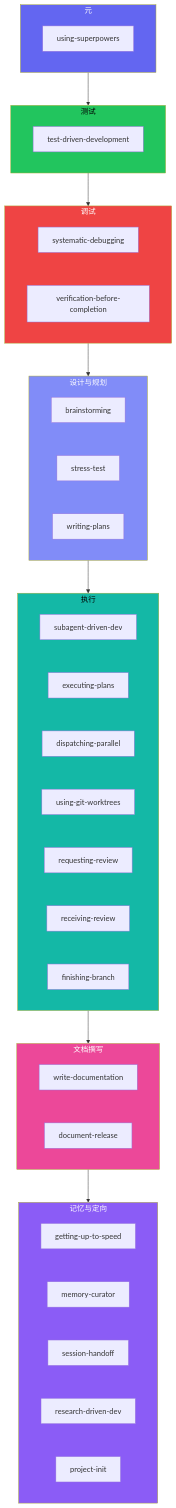
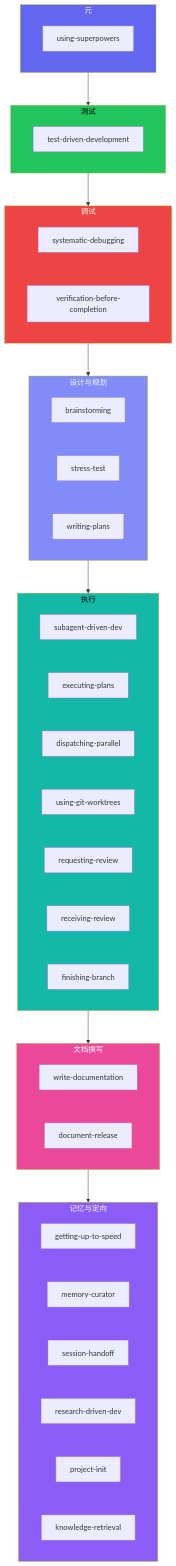
Before and after one commit to DollarDill/beads-superpowers: the first of 2 diagrams in docs/zh/skills.md, drawn with Mermaid. The commit also changed other lines of this file and 2 other files, not shown here.

Commit message:
docs(knowledge-retrieval): skills pages EN+ZH and CLAUDE.md table (beads-superpowers-6xrhr)

````diff
--- a/docs/zh/skills.md
+++ b/docs/zh/skills.md
@@ -55,59 +56,60 @@
 ```mermaid
 ---
 config:
   flowchart:
     nodeSpacing: 70
     rankSpacing: 70
 ---
 graph TD
   subgraph Meta ["元"]
     US["using-superpowers"]
   end
   subgraph Testing ["测试"]
     TDD["test-driven-development"]
   end
   subgraph Debugging ["调试"]
     SD["systematic-debugging"]
     VBC["verification-before-completion"]
   end
   subgraph Design ["设计与规划"]
     BR["brainstorming"]
     STR["stress-test"]
     WP["writing-plans"]
   end
   subgraph Execution ["执行"]
     SDD["subagent-driven-dev"]
     EP["executing-plans"]
     DPA["dispatching-parallel"]
     WT["using-git-worktrees"]
     RCR["requesting-review"]
     REC["receiving-review"]
     FAB["finishing-branch"]
   end
   subgraph Documentation ["文档撰写"]
     WD["write-documentation"]
     DR["document-release"]
   end
   subgraph Memory ["记忆与定向"]
     GUS["getting-up-to-speed"]
     MC["memory-curator"]
     SH["session-handoff"]
     RDD["research-driven-dev"]
     PI["project-init"]
+    KR["knowledge-retrieval"]
   end
 
   Meta --> Testing
   Testing --> Debugging
   Debugging --> Design
   Design --> Execution
   Execution --> Documentation
   Documentation --> Memory
 
   style Meta fill:#6366f1,color:#fff
   style Testing fill:#22c55e,color:#000
   style Debugging fill:#ef4444,color:#fff
   style Design fill:#818cf8,color:#fff
   style Execution fill:#14b8a6,color:#000
   style Documentation fill:#ec4899,color:#fff
   style Memory fill:#8b5cf6,color:#fff
 ```
````
